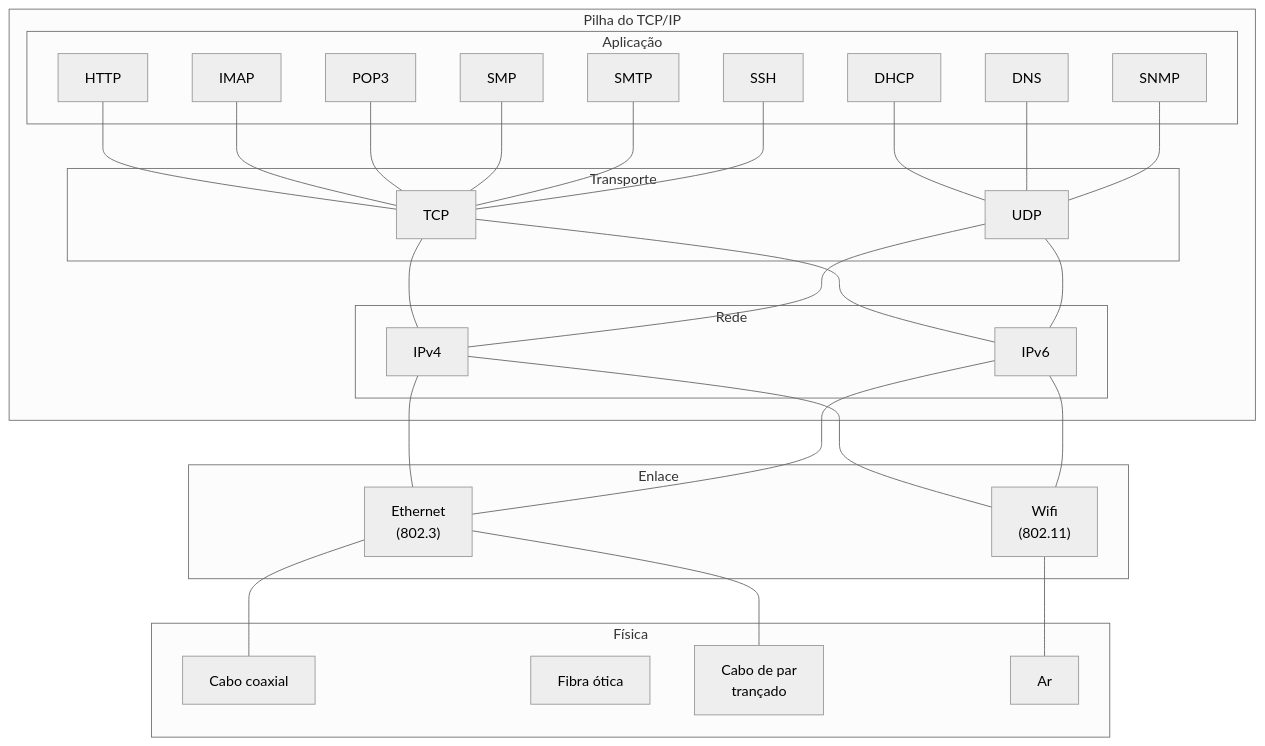
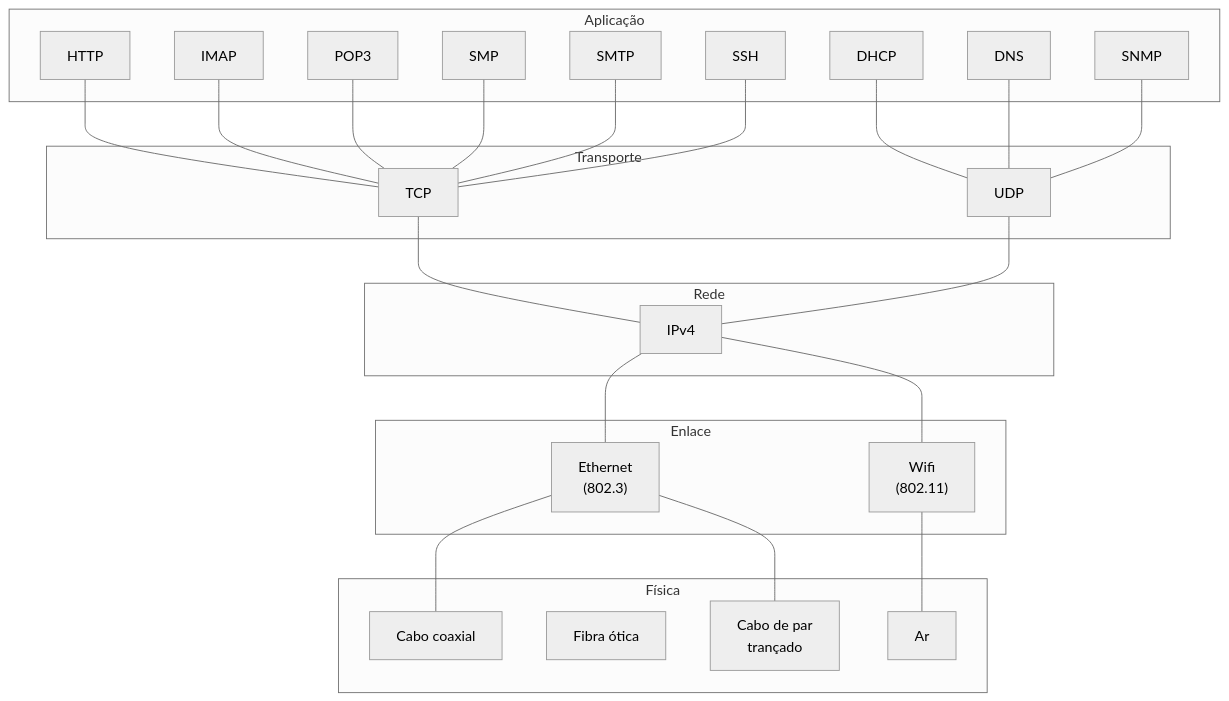
The diagram in diagramas/protocolos-tcp-ip.md (ifrnlab/netlab), drawn with Mermaid (neutral theme) before and after one commit.

````diff
--- a/diagramas/protocolos-tcp-ip.md
+++ b/diagramas/protocolos-tcp-ip.md
@@ -3,50 +3,47 @@
 ```mermaid
 graph BT
 
   %% Declaração de um sub-grafo para cada camada
   
-  subgraph "Pilha do TCP/IP"
-    subgraph Aplicação
-      dhcp[DHCP]
-      dns[DNS]
-      http[HTTP]
-      imap[IMAP]
-      pop3[POP3]
-      smb[SMP]
-      smtp[SMTP]
-      snmp[SNMP]
-      ssh[SSH]
-    end
+  subgraph Aplicação
+    dhcp[DHCP]
+    dns[DNS]
+    http[HTTP]
+    imap[IMAP]
+    pop3[POP3]
+    smb[SMP]
+    smtp[SMTP]
+    snmp[SNMP]
+    ssh[SSH]
+  end
 
-    subgraph Transporte
-      tcp[TCP]
-      udp[UDP]
-    end
+  subgraph Transporte
+    tcp[TCP]
+    udp[UDP]
+  end
 
-    subgraph Rede
-      ipv4[IPv4]
-      ipv6[IPv6]
-    end
+  subgraph Rede
+    ipv4[IPv4]
   end
   
   subgraph Enlace
     ethernet["Ethernet<br>(802.3)"]
     wifi["Wifi<br>(802.11)"]
   end
   
   subgraph Física
     coaxial[Cabo coaxial]
     fibra[Fibra ótica]
     utp["Cabo de par<br>trançado"]
     ar[Ar]
   end
   
   coaxial & utp --- ethernet
   ar --- wifi
   
   
-  ethernet & wifi --- ipv4 & ipv6
-  ipv4 & ipv6 --- tcp & udp
+  ethernet & wifi --- ipv4
+  ipv4 --- tcp & udp
   udp --- dhcp & dns & snmp
   tcp --- http & imap & pop3 & smb & smtp & ssh
 ```
````
